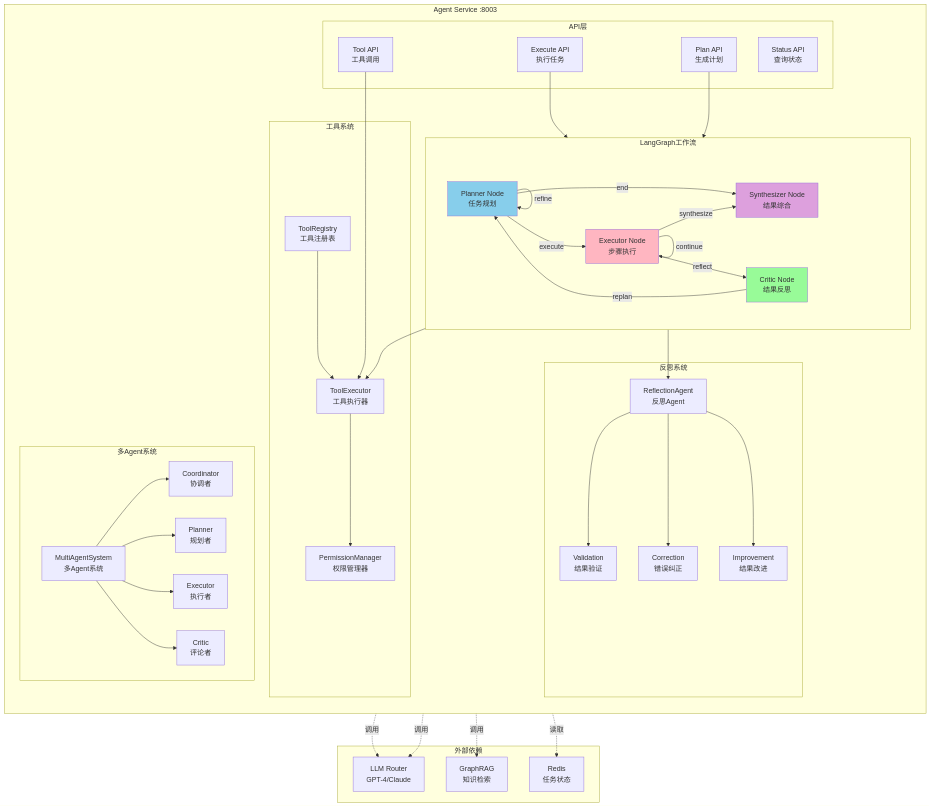
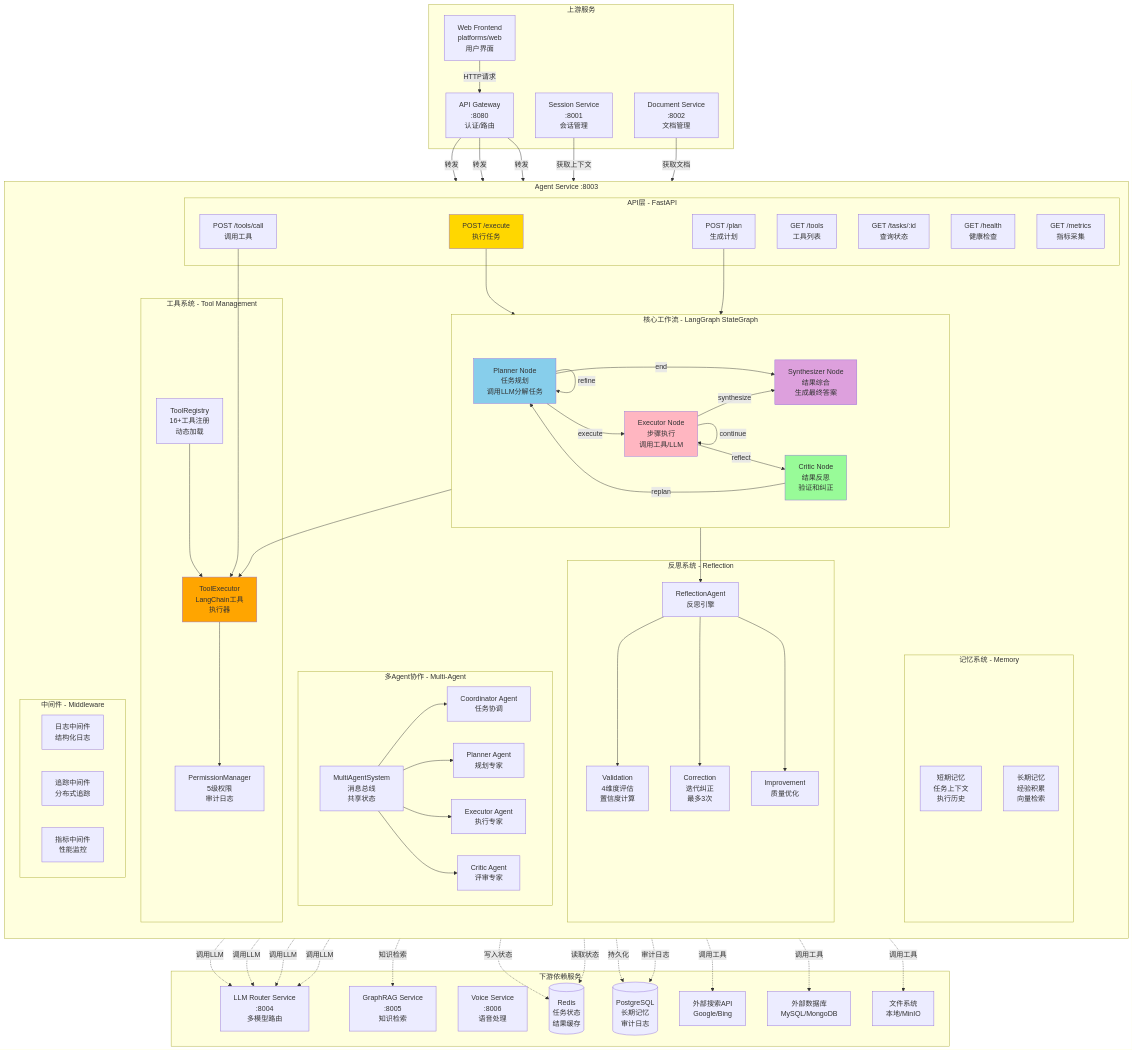
One commit to haoyunlt/myblog changed the first of 4 diagrams in content/posts/VoiceHelper-09-Agent服务.md. Above: the diagram before and after it, drawn with Mermaid. The commit also changed other lines of this file and 13 other files, not shown here.

````diff
--- a/content/posts/VoiceHelper-09-Agent服务.md
+++ b/content/posts/VoiceHelper-09-Agent服务.md
@@ -55,21 +80,31 @@
 ```mermaid
 flowchart TB
+    subgraph "上游服务"
+        GATEWAY[API Gateway<br/>:8080<br/>认证/路由]
+        WEB[Web Frontend<br/>platforms/web<br/>用户界面]
+        SESSION[Session Service<br/>:8001<br/>会话管理]
+        DOCUMENT[Document Service<br/>:8002<br/>文档管理]
+    end
+    
     subgraph "Agent Service :8003"
         direction TB
         
-        subgraph "API层"
-            API_EXEC[Execute API<br/>执行任务]
-            API_PLAN[Plan API<br/>生成计划]
-            API_TOOL[Tool API<br/>工具调用]
-            API_STATUS[Status API<br/>查询状态]
+        subgraph "API层 - FastAPI"
+            API_EXEC[POST /execute<br/>执行任务]
+            API_PLAN[POST /plan<br/>生成计划]
+            API_TOOL[POST /tools/call<br/>调用工具]
+            API_TOOLS_LIST[GET /tools<br/>工具列表]
+            API_STATUS[GET /tasks/:id<br/>查询状态]
+            API_HEALTH[GET /health<br/>健康检查]
+            API_METRICS[GET /metrics<br/>指标采集]
         end
         
-        subgraph "LangGraph工作流"
+        subgraph "核心工作流 - LangGraph StateGraph"
             direction LR
-            NODE_PLANNER[Planner Node<br/>任务规划]
-            NODE_EXECUTOR[Executor Node<br/>步骤执行]
-            NODE_CRITIC[Critic Node<br/>结果反思]
-            NODE_SYNTH[Synthesizer Node<br/>结果综合]
+            NODE_PLANNER[Planner Node<br/>任务规划<br/>调用LLM分解任务]
+            NODE_EXECUTOR[Executor Node<br/>步骤执行<br/>调用工具/LLM]
+            NODE_CRITIC[Critic Node<br/>结果反思<br/>验证和纠正]
+            NODE_SYNTH[Synthesizer Node<br/>结果综合<br/>生成最终答案]
             
             NODE_PLANNER -->|execute| NODE_EXECUTOR
             NODE_PLANNER -->|refine| NODE_PLANNER
@@ -82,32 +117,43 @@
             NODE_CRITIC -->|replan| NODE_PLANNER
         end
         
-        subgraph "工具系统"
-            TOOL_REG[ToolRegistry<br/>工具注册表]
-            TOOL_EXEC[ToolExecutor<br/>工具执行器]
-            TOOL_PERM[PermissionManager<br/>权限管理器]
+        subgraph "工具系统 - Tool Management"
+            TOOL_REG[ToolRegistry<br/>16+工具注册<br/>动态加载]
+            TOOL_EXEC[ToolExecutor<br/>LangChain工具<br/>执行器]
+            TOOL_PERM[PermissionManager<br/>5级权限<br/>审计日志]
             
             TOOL_REG --> TOOL_EXEC
             TOOL_EXEC --> TOOL_PERM
         end
         
-        subgraph "反思系统"
-            REFLECT_AGENT[ReflectionAgent<br/>反思Agent]
-            REFLECT_VAL[Validation<br/>结果验证]
-            REFLECT_CORR[Correction<br/>错误纠正]
-            REFLECT_IMP[Improvement<br/>结果改进]
+        subgraph "反思系统 - Reflection"
+            REFLECT_AGENT[ReflectionAgent<br/>反思引擎]
+            REFLECT_VAL[Validation<br/>4维度评估<br/>置信度计算]
+            REFLECT_CORR[Correction<br/>迭代纠正<br/>最多3次]
+            REFLECT_IMP[Improvement<br/>质量优化]
             
             REFLECT_AGENT --> REFLECT_VAL & REFLECT_CORR & REFLECT_IMP
         end
         
-        subgraph "多Agent系统"
-            MULTI_SYS[MultiAgentSystem<br/>多Agent系统]
-            AGENT_COORD[Coordinator<br/>协调者]
-            AGENT_PLAN[Planner<br/>规划者]
-            AGENT_EXEC[Executor<br/>执行者]
-            AGENT_CRITIC[Critic<br/>评论者]
+        subgraph "多Agent协作 - Multi-Agent"
+            MULTI_SYS[MultiAgentSystem<br/>消息总线<br/>共享状态]
+            AGENT_COORD[Coordinator Agent<br/>任务协调]
+            AGENT_PLAN[Planner Agent<br/>规划专家]
+            AGENT_EXEC[Executor Agent<br/>执行专家]
+            AGENT_CRITIC[Critic Agent<br/>评审专家]
             
             MULTI_SYS --> AGENT_COORD & AGENT_PLAN & AGENT_EXEC & AGENT_CRITIC
+        end
+        
+        subgraph "记忆系统 - Memory"
+            MEM_SHORT[短期记忆<br/>任务上下文<br/>执行历史]
+            MEM_LONG[长期记忆<br/>经验积累<br/>向量检索]
+        end
+        
+        subgraph "中间件 - Middleware"
+            MW_LOG[日志中间件<br/>结构化日志]
+            MW_TRACE[追踪中间件<br/>分布式追踪]
+            MW_METRICS[指标中间件<br/>性能监控]
         end
         
         API_EXEC --> NODE_PLANNER
@@ -118,19 +164,44 @@
         NODE_CRITIC --> REFLECT_AGENT
     end
     
-    subgraph "外部依赖"
-        LLM[LLM Router<br/>GPT-4/Claude]
-        GRAPHRAG[GraphRAG<br/>知识检索]
-        REDIS[Redis<br/>任务状态]
+    subgraph "下游依赖服务"
+        LLM_ROUTER[LLM Router Service<br/>:8004<br/>多模型路由]
+        GRAPHRAG[GraphRAG Service<br/>:8005<br/>知识检索]
+        VOICE[Voice Service<br/>:8006<br/>语音处理]
+        
+        REDIS[(Redis<br/>任务状态<br/>结果缓存)]
+        POSTGRES[(PostgreSQL<br/>长期记忆<br/>审计日志)]
+        
+        EXT_SEARCH[外部搜索API<br/>Google/Bing]
+        EXT_DB[外部数据库<br/>MySQL/MongoDB]
+        EXT_FS[文件系统<br/>本地/MinIO]
     end
     
-    NODE_PLANNER -.调用.-> LLM
-    NODE_EXECUTOR -.调用.-> LLM
-    NODE_EXECUTOR -.调用.-> GRAPHRAG
-    API_STATUS -.读取.-> REDIS
+    %% 上游连接
+    WEB -->|HTTP请求| GATEWAY
+    GATEWAY -->|转发| API_EXEC & API_PLAN & API_TOOL
+    SESSION -->|获取上下文| API_EXEC
+    DOCUMENT -->|获取文档| NODE_EXECUTOR
     
+    %% 下游连接
+    NODE_PLANNER -.调用LLM.-> LLM_ROUTER
+    NODE_EXECUTOR -.调用LLM.-> LLM_ROUTER
+    NODE_CRITIC -.调用LLM.-> LLM_ROUTER
+    NODE_SYNTH -.调用LLM.-> LLM_ROUTER
+    
+    NODE_EXECUTOR -.知识检索.-> GRAPHRAG
+    TOOL_EXEC -.调用工具.-> EXT_SEARCH & EXT_DB & EXT_FS
+    
+    API_EXEC -.写入状态.-> REDIS
+    API_STATUS -.读取状态.-> REDIS
+    MEM_LONG -.持久化.-> POSTGRES
+    TOOL_PERM -.审计日志.-> POSTGRES
+    
+    %% 样式
     style NODE_PLANNER fill:#87CEEB
     style NODE_EXECUTOR fill:#FFB6C1
     style NODE_CRITIC fill:#98FB98
     style NODE_SYNTH fill:#DDA0DD
+    style API_EXEC fill:#FFD700
+    style TOOL_EXEC fill:#FFA500
 ```
````
